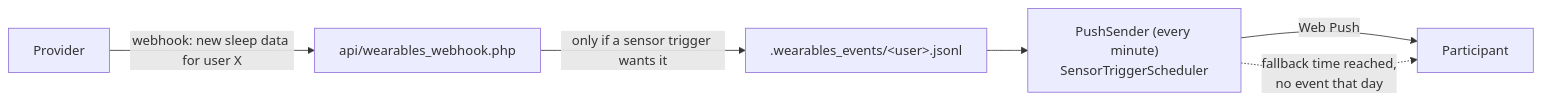
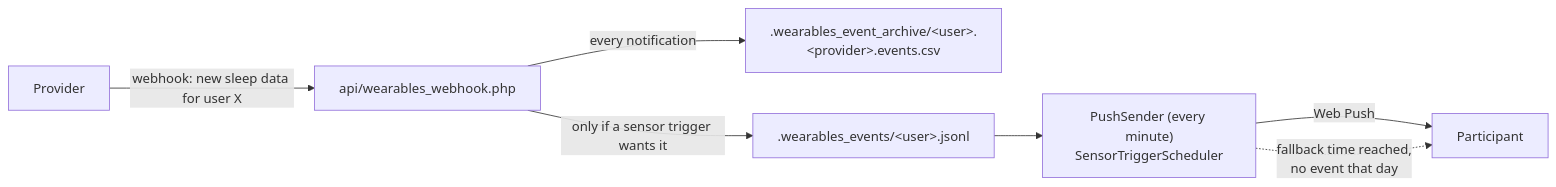
One commit to andreifoldes/iEMAbot changed the second of 2 diagrams in website/docs/backend/wearables.md. Above: the diagram before and after it, drawn with Mermaid. The commit also changed other lines of this file and 15 other files, not shown here.

First line of the commit message:
feat(workflow): keep every wearable notification for the study, not only those a trigger uses

````diff
--- a/website/docs/backend/wearables.md
+++ b/website/docs/backend/wearables.md
@@ -115,8 +115,9 @@
 ```mermaid
 flowchart LR
   W[Provider] -->|"webhook: new sleep data for user X"| E["api/wearables_webhook.php"]
+  E -->|"every notification"| A[".wearables_event_archive/&lt;user&gt;.&lt;provider&gt;.events.csv"]
   E -->|"only if a sensor trigger wants it"| L[".wearables_events/&lt;user&gt;.jsonl"]
   L --> S["PushSender (every minute)<br/>SensorTriggerScheduler"]
   S -->|"Web Push"| P[Participant]
   S -.->|"fallback time reached,<br/>no event that day"| P
 ```
````
